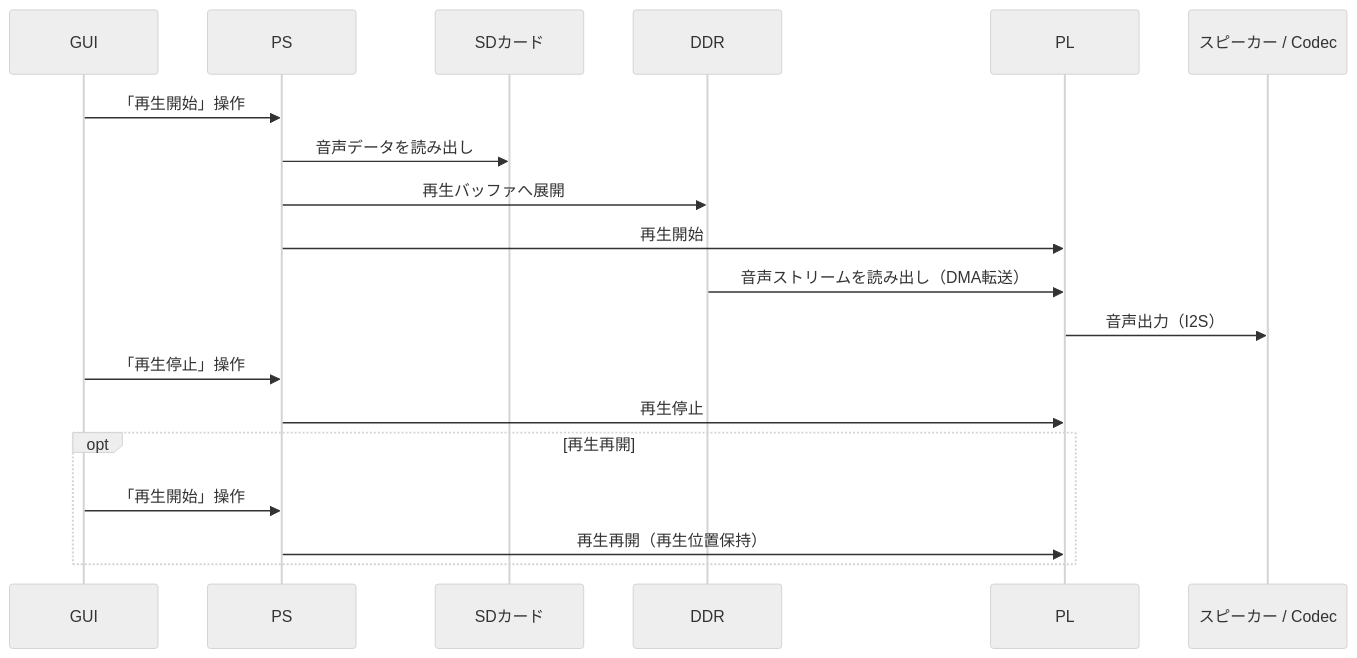
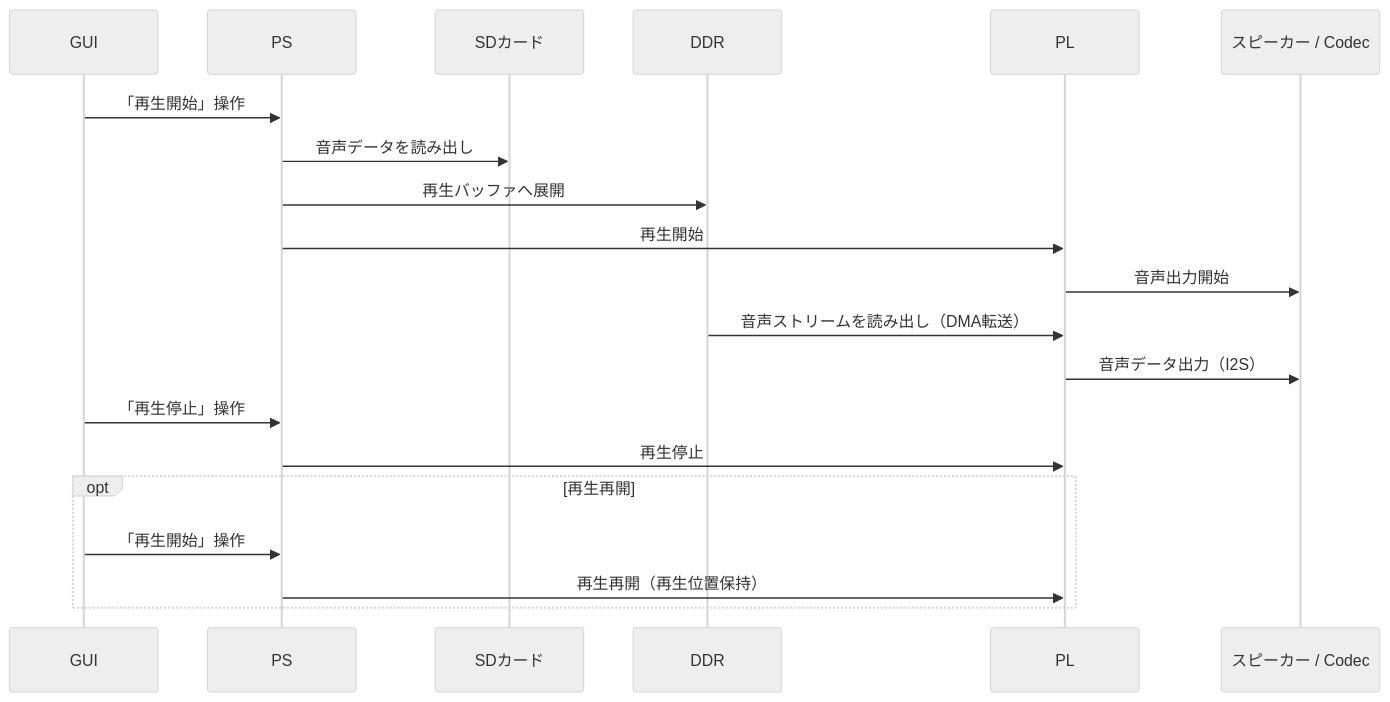
Before and after one commit to kiiisy/VoiceNote-System: the second of 3 diagrams in docs/system_design.md, drawn with Mermaid (neutral theme). The commit also changed other lines of this file, not shown here.

````diff
--- a/docs/system_design.md
+++ b/docs/system_design.md
@@ -305,24 +306,25 @@
 ```mermaid
 sequenceDiagram
     participant GUI as GUI
     participant PS as PS
     participant SD as SDカード
     participant DDR as DDR
     participant PL as PL
     participant Spk as スピーカー / Codec
 
     GUI->>PS: 「再生開始」操作
     PS->>SD: 音声データを読み出し
     PS->>DDR: 再生バッファへ展開
     PS->>PL: 再生開始
+    PL->>Spk: 音声出力開始
     DDR->>PL: 音声ストリームを読み出し（DMA転送）
-    PL->>Spk: 音声出力（I2S）
+    PL->>Spk: 音声データ出力（I2S）
 
     GUI->>PS: 「再生停止」操作
     PS->>PL: 再生停止
 
     opt 再生再開
         GUI->>PS: 「再生開始」操作
         PS->>PL: 再生再開（再生位置保持）
     end
 ```
````
